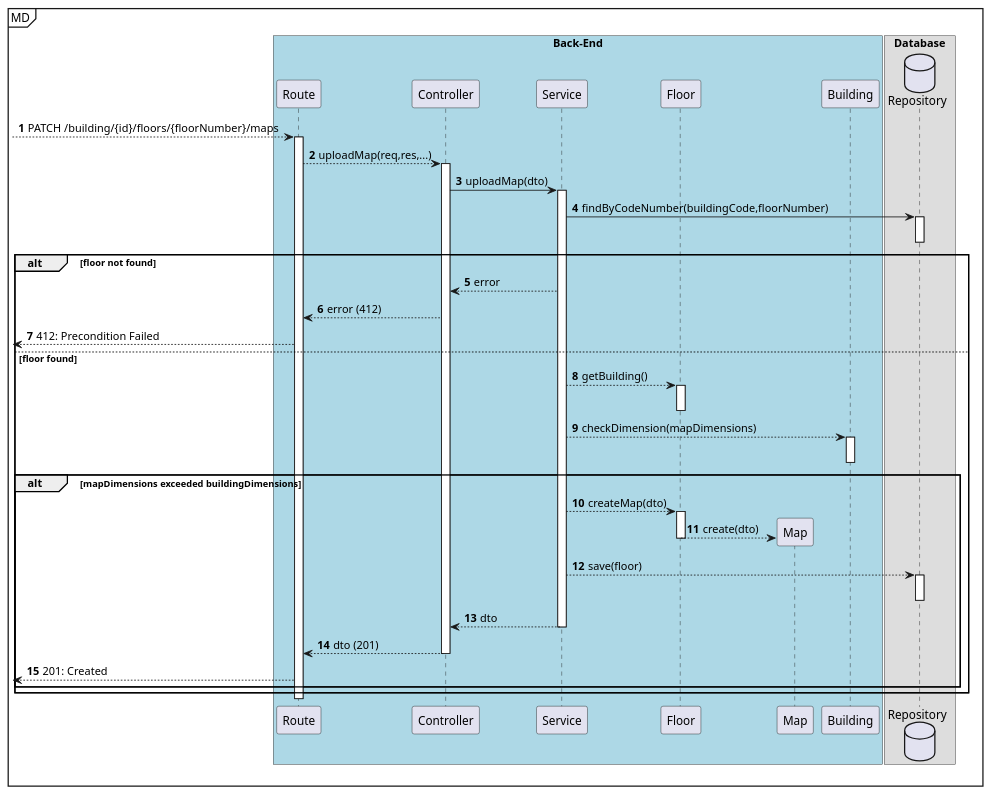
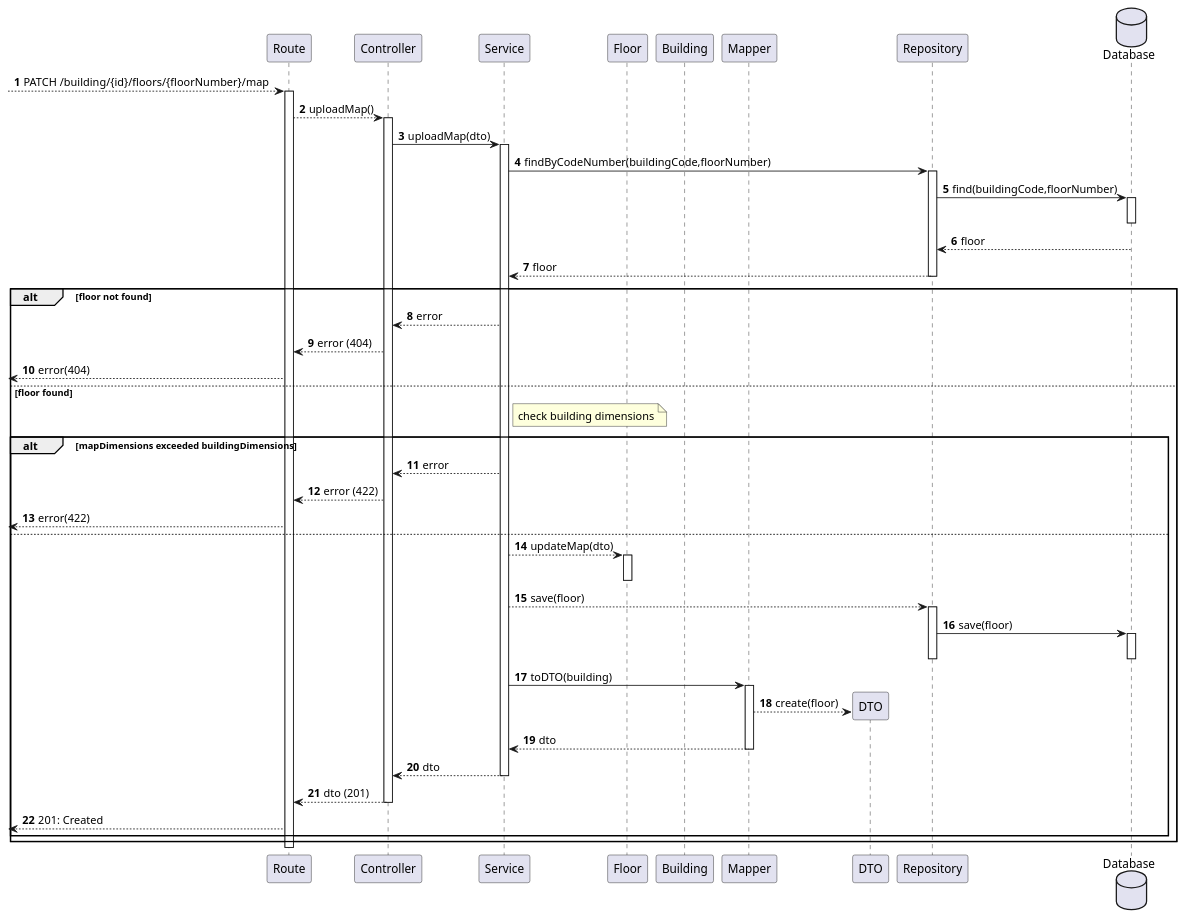
Before and after one commit to Departamento-de-Engenharia-Informatica/lapr5-23-24-g19: the diagram in docs/us230/level3/process-view.puml, drawn with PlantUML. The commit also changed 8 other files, not shown here.

```diff
--- a/docs/us230/level3/process-view.puml
+++ b/docs/us230/level3/process-view.puml
@@ -1,60 +1,68 @@
 @startuml
 autonumber
 
-mainframe MD
-box "Back-End" #LightBlue
 participant "Route" as r
 participant "Controller" as ctrl
 participant "Service" as svc
 participant "Floor" as floor
-participant "Map" as floorMap
 participant "Building" as building
-end box
+participant "Mapper" as map
+participant "DTO" as dto
 
-box "Database"
-database "Repository" as repo
-end box
 
-[--> r: PATCH /building/{id}/floors/{floorNumber}/maps
+participant "Repository" as repo
+database "Database" as db
+
+[--> r: PATCH /building/{id}/floors/{floorNumber}/map
     activate r
-        r ---> ctrl : uploadMap(req,res,...)
+        r ---> ctrl : uploadMap()
         activate ctrl
             ctrl -> svc : uploadMap(dto)
             activate svc
                 svc -> repo : findByCodeNumber(buildingCode,floorNumber)
                 activate repo
+                    repo -> db  : find(buildingCode,floorNumber)
+                    activate db
+                    deactivate db
+                    repo <-- db : floor
+                    svc <-- repo : floor
                 deactivate repo
 
                 alt floor not found
                     svc --> ctrl : error
-                    ctrl --> r : error (412)
-                    [<--r : 412: Precondition Failed
+                    ctrl --> r : error (404)
+                    [<--r : error(404)
                 else floor found
-
-                    svc --> floor: getBuilding()
-                    activate floor
-                    deactivate floor
-                    svc --> building: checkDimension(mapDimensions)
+                    note right of svc
+                        check building dimensions
+                    end note
                     alt mapDimensions exceeded buildingDimensions
-                        activate building
-                        deactivate building
-
-
-                        svc --> floor : createMap(dto)
+                        svc --> ctrl : error
+                        ctrl --> r : error (422)
+                        [<--r : error(422)
+                    else
+                        svc --> floor : updateMap(dto)
                         activate floor
-                            floor --> floorMap** : create(dto)
                         deactivate floor
 
                         svc --> repo : save(floor)
                         activate repo
+                            repo -> db : save(floor)
+                            activate db
+                            deactivate db
                         deactivate repo
+                        svc -> map : toDTO(building)
+                        activate map
+                            map --> dto** : create(floor)
+                                map --> svc : dto
+                        deactivate map
                         svc --> ctrl : dto
                         deactivate svc
                         ctrl --> r : dto (201)
                         deactivate ctrl
                         [<--r : 201: Created
                     end
                 end
     deactivate r
 
 @enduml
```
